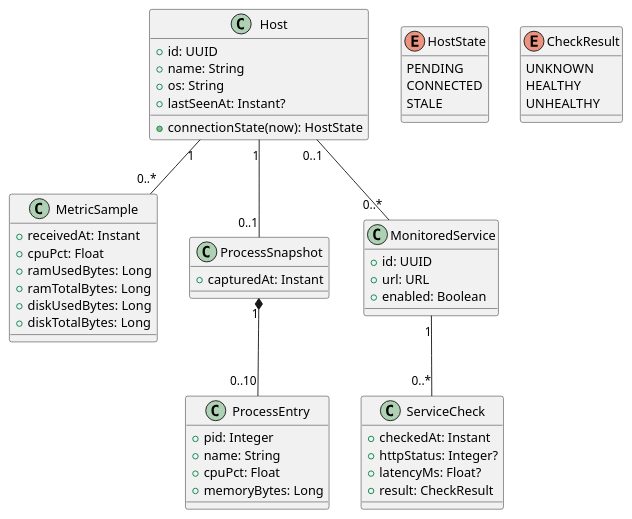
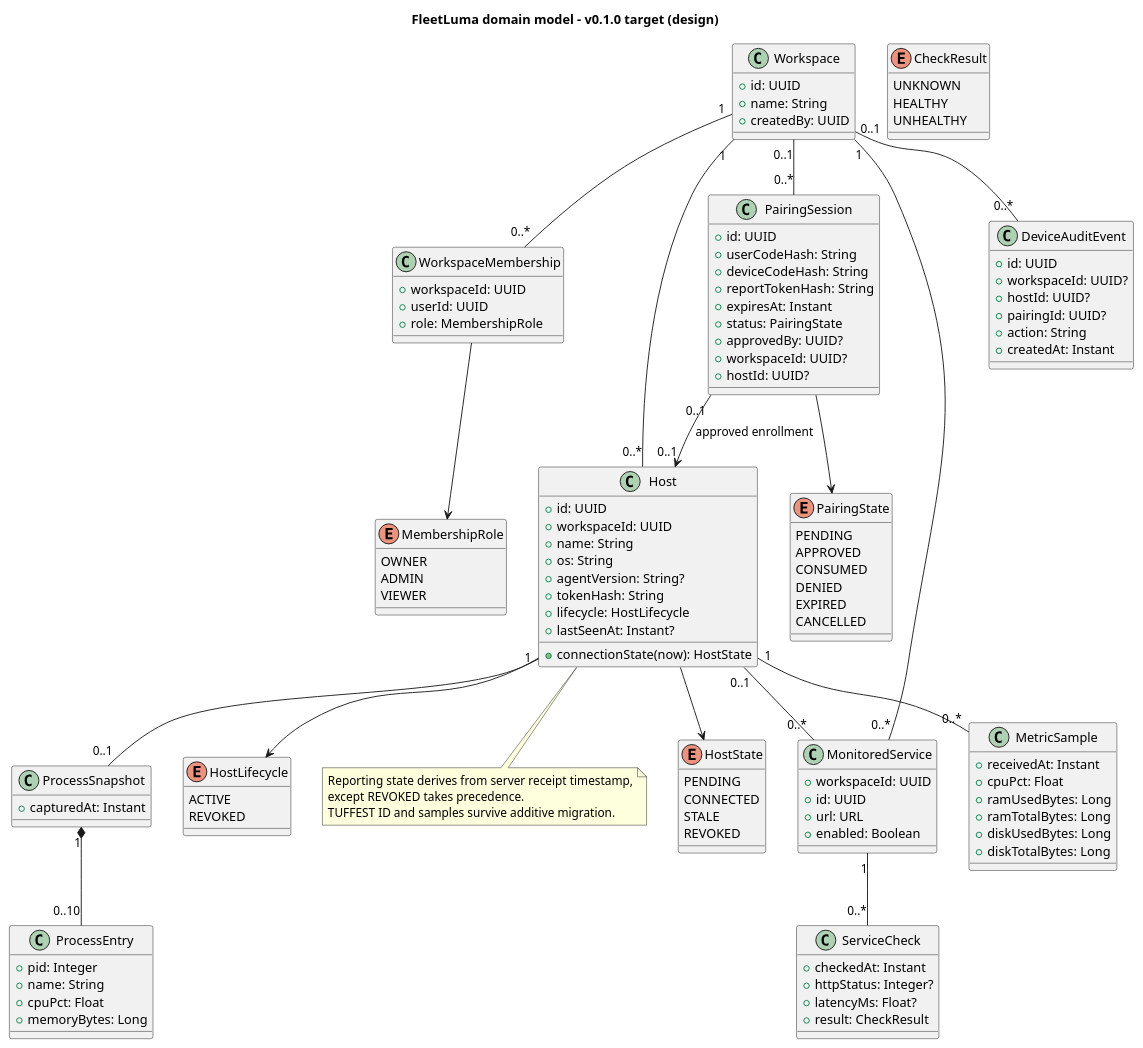
The diagram in docs/uml/plantuml/03_class_domain.puml (Adam-BArbia/fleetluma), drawn with PlantUML before and after one commit. The commit also changed 39 other files, not shown here.

First line of the commit message:
docs(FL-31): finalize plug-and-play Windows/Linux pairing architecture (#31)

```diff
--- a/docs/uml/plantuml/03_class_domain.puml
+++ b/docs/uml/plantuml/03_class_domain.puml
@@ -1,52 +1,120 @@
 @startuml 03_class_domain
+title FleetLuma domain model - v0.1.0 target (design)
+class Workspace {
+ +id: UUID
+ +name: String
+ +createdBy: UUID
+}
+class WorkspaceMembership {
+ +workspaceId: UUID
+ +userId: UUID
+ +role: MembershipRole
+}
+enum MembershipRole {
+ OWNER
+ ADMIN
+ VIEWER
+}
+class PairingSession {
+ +id: UUID
+ +userCodeHash: String
+ +deviceCodeHash: String
+ +reportTokenHash: String
+ +expiresAt: Instant
+ +status: PairingState
+ +approvedBy: UUID?
+ +workspaceId: UUID?
+ +hostId: UUID?
+}
+enum PairingState {
+ PENDING
+ APPROVED
+ CONSUMED
+ DENIED
+ EXPIRED
+ CANCELLED
+}
 class Host {
  +id: UUID
+ +workspaceId: UUID
  +name: String
  +os: String
+ +agentVersion: String?
+ +tokenHash: String
+ +lifecycle: HostLifecycle
  +lastSeenAt: Instant?
  +connectionState(now): HostState
+}
+enum HostLifecycle {
+ ACTIVE
+ REVOKED
+}
+enum HostState {
+ PENDING
+ CONNECTED
+ STALE
+ REVOKED
+}
+class DeviceAuditEvent {
+ +id: UUID
+ +workspaceId: UUID?
+ +hostId: UUID?
+ +pairingId: UUID?
+ +action: String
+ +createdAt: Instant
 }
 class MetricSample {
  +receivedAt: Instant
  +cpuPct: Float
  +ramUsedBytes: Long
  +ramTotalBytes: Long
  +diskUsedBytes: Long
  +diskTotalBytes: Long
 }
 class ProcessSnapshot {
-  +capturedAt: Instant
+ +capturedAt: Instant
 }
 class ProcessEntry {
  +pid: Integer
  +name: String
  +cpuPct: Float
  +memoryBytes: Long
 }
 class MonitoredService {
+ +workspaceId: UUID
  +id: UUID
  +url: URL
  +enabled: Boolean
 }
 class ServiceCheck {
  +checkedAt: Instant
  +httpStatus: Integer?
  +latencyMs: Float?
  +result: CheckResult
 }
-enum HostState {
-  PENDING
-  CONNECTED
-  STALE
+enum CheckResult {
+ UNKNOWN
+ HEALTHY
+ UNHEALTHY
 }
-enum CheckResult {
-  UNKNOWN
-  HEALTHY
-  UNHEALTHY
-}
+Workspace "1" -- "0..*" WorkspaceMembership
+WorkspaceMembership --> MembershipRole
+Workspace "1" -- "0..*" Host
+Workspace "1" -- "0..*" MonitoredService
+Workspace "0..1" -- "0..*" PairingSession
+PairingSession --> PairingState
+PairingSession "0..1" --> "0..1" Host : approved enrollment
+Workspace "0..1" -- "0..*" DeviceAuditEvent
+Host --> HostLifecycle
+Host --> HostState
 Host "1" -- "0..*" MetricSample
 Host "1" -- "0..1" ProcessSnapshot
 ProcessSnapshot "1" *-- "0..10" ProcessEntry
 Host "0..1" -- "0..*" MonitoredService
 MonitoredService "1" -- "0..*" ServiceCheck
+note bottom of Host
+ Reporting state derives from server receipt timestamp,
+ except REVOKED takes precedence.
+ TUFFEST ID and samples survive additive migration.
+end note
 @enduml
```
